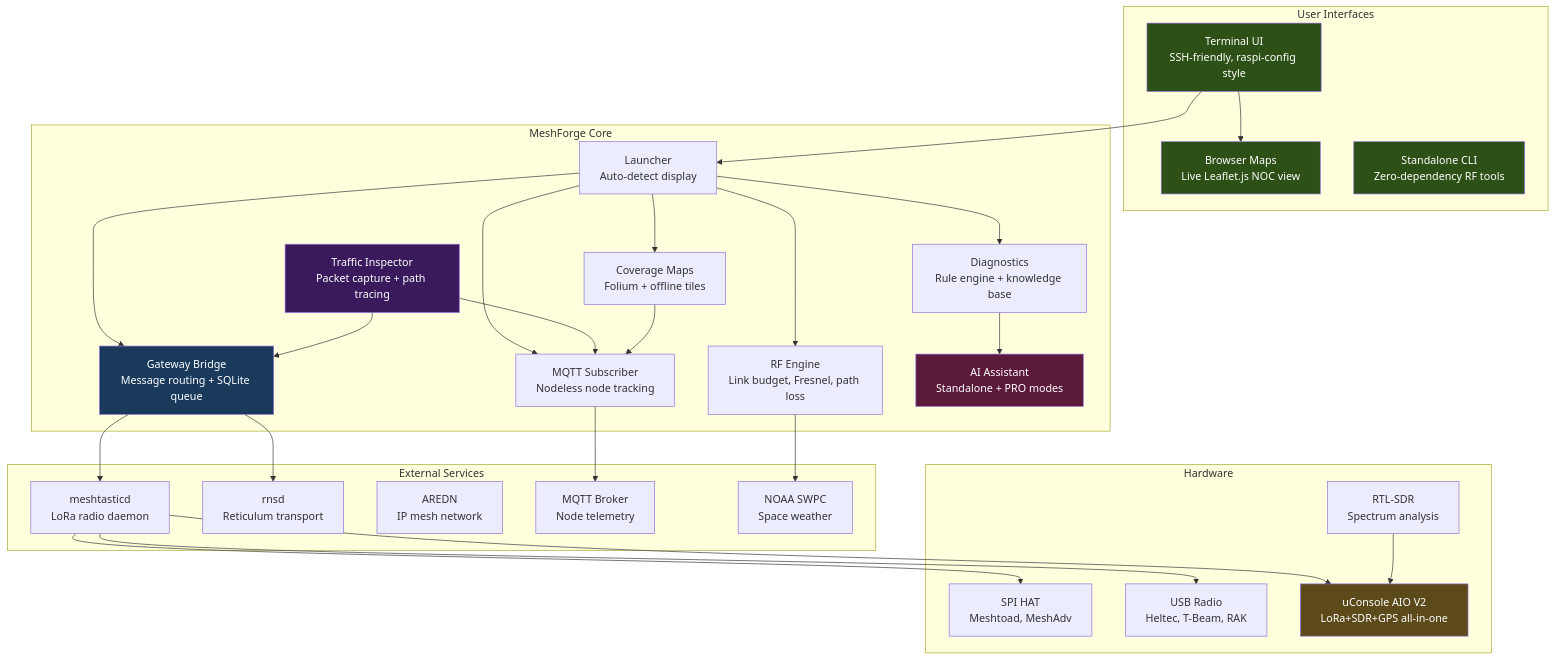
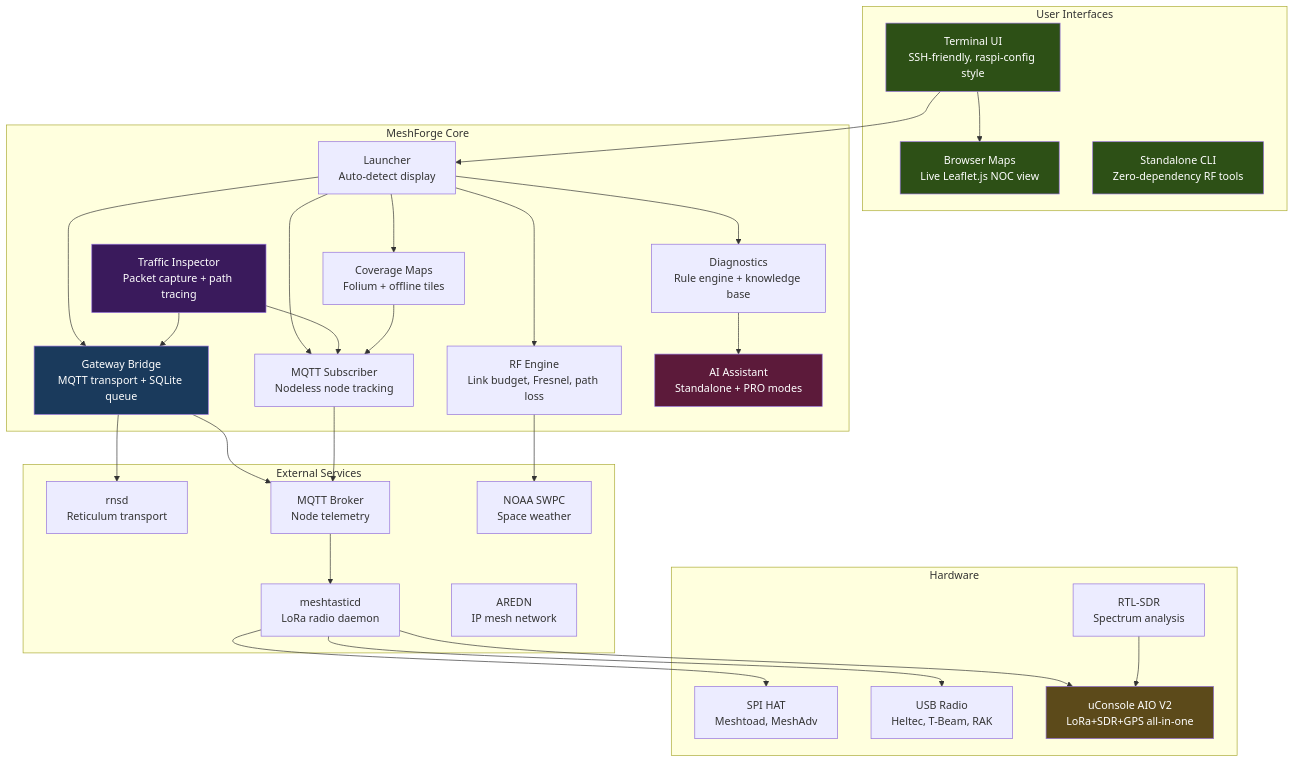
One commit to Nursedude/meshanchor changed the first of 2 diagrams in README.md. Above: the diagram before and after it, drawn with Mermaid. The commit also changed other lines of this file and 1 other file, not shown here.

First line of the commit message:
docs: Bump to v0.5.4-beta, update README for MQTT bridge architecture

````diff
--- a/README.md
+++ b/README.md
@@ -335,64 +336,65 @@
 ```mermaid
 graph TB
     subgraph User Interfaces
         TUI[Terminal UI<br>SSH-friendly, raspi-config style]
         BROWSER[Browser Maps<br>Live Leaflet.js NOC view]
         CLI[Standalone CLI<br>Zero-dependency RF tools]
     end
 
     subgraph MeshForge Core
         LAUNCHER[Launcher<br>Auto-detect display]
-        GATEWAY[Gateway Bridge<br>Message routing + SQLite queue]
+        GATEWAY[Gateway Bridge<br>MQTT transport + SQLite queue]
         MONITOR[MQTT Subscriber<br>Nodeless node tracking]
         TRAFFIC[Traffic Inspector<br>Packet capture + path tracing]
         MAPS[Coverage Maps<br>Folium + offline tiles]
         RF[RF Engine<br>Link budget, Fresnel, path loss]
         DIAG[Diagnostics<br>Rule engine + knowledge base]
         AI[AI Assistant<br>Standalone + PRO modes]
     end
 
     subgraph External Services
         MESHTASTICD[meshtasticd<br>LoRa radio daemon]
         RNSD[rnsd<br>Reticulum transport]
         AREDN_NET[AREDN<br>IP mesh network]
         MQTT[MQTT Broker<br>Node telemetry]
         NOAA[NOAA SWPC<br>Space weather]
     end
 
     subgraph Hardware
         SPI[SPI HAT<br>Meshtoad, MeshAdv]
         USB[USB Radio<br>Heltec, T-Beam, RAK]
         SDR[RTL-SDR<br>Spectrum analysis]
         UCONSOLE[uConsole AIO V2<br>LoRa+SDR+GPS all-in-one]
     end
 
     TUI --> LAUNCHER
     TUI --> BROWSER
     LAUNCHER --> GATEWAY
     LAUNCHER --> MONITOR
     LAUNCHER --> MAPS
     LAUNCHER --> RF
     LAUNCHER --> DIAG
     DIAG --> AI
 
-    GATEWAY --> MESHTASTICD
+    GATEWAY --> MQTT
     GATEWAY --> RNSD
     MONITOR --> MQTT
+    MQTT --> MESHTASTICD
     TRAFFIC --> GATEWAY
     TRAFFIC --> MONITOR
     MAPS --> MONITOR
     RF --> NOAA
 
     MESHTASTICD --> SPI
     MESHTASTICD --> USB
     MESHTASTICD --> UCONSOLE
     SDR --> UCONSOLE
 
     style TUI fill:#2d5016,color:#fff
     style BROWSER fill:#2d5016,color:#fff
     style CLI fill:#2d5016,color:#fff
     style GATEWAY fill:#1a3a5c,color:#fff
     style TRAFFIC fill:#3a1a5c,color:#fff
     style AI fill:#5c1a3a,color:#fff
     style UCONSOLE fill:#5c4a1a,color:#fff
 ```
````
